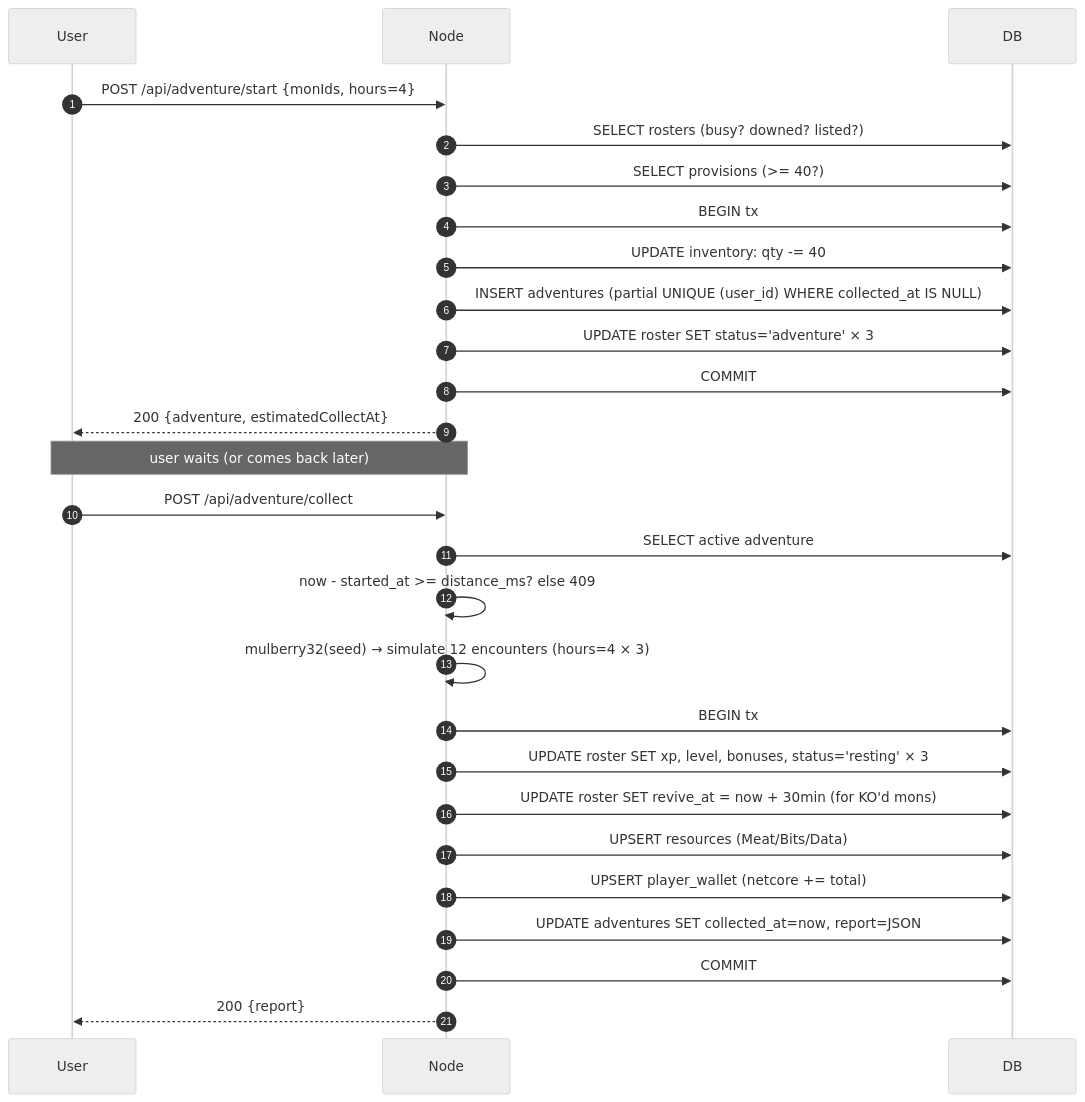
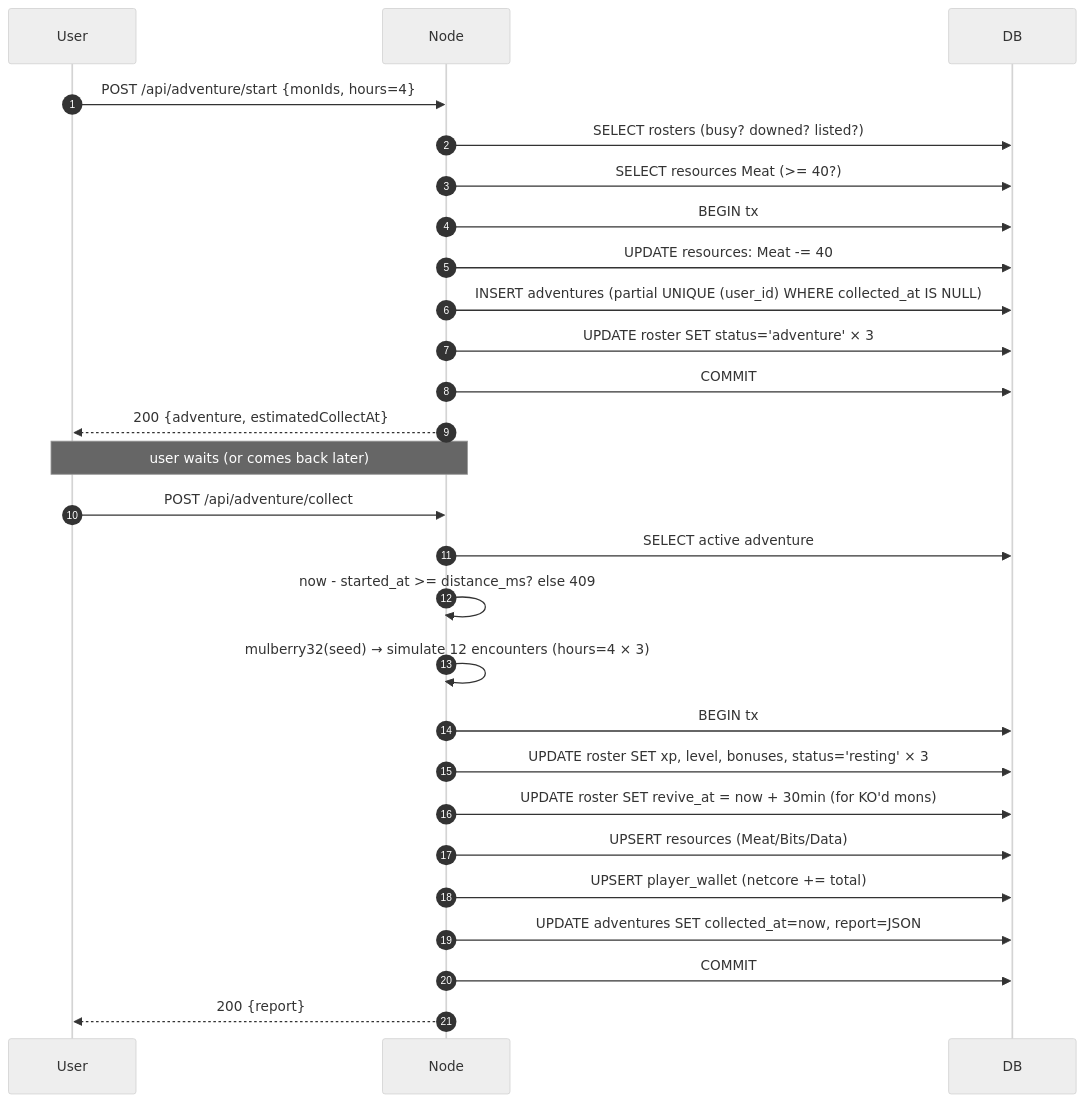
One commit to robjunior/digiworldts changed the diagram in docs/wiki/Systems/Adventure.md. Above: the diagram before and after it, drawn with Mermaid (neutral theme). The commit also changed other lines of this file and 13 other files, not shown here.

First line of the commit message:
feat(adventure): expeditions burn Meat resource instead of provisions

````diff
--- a/docs/wiki/Systems/Adventure.md
+++ b/docs/wiki/Systems/Adventure.md
@@ -146,29 +147,29 @@
 ```mermaid
 sequenceDiagram
   autonumber
   participant U as User
   participant N as Node
   participant DB as DB
   U->>N: POST /api/adventure/start {monIds, hours=4}
   N->>DB: SELECT rosters (busy? downed? listed?)
-  N->>DB: SELECT provisions (>= 40?)
+  N->>DB: SELECT resources Meat (>= 40?)
   N->>DB: BEGIN tx
-  N->>DB: UPDATE inventory: qty -= 40
+  N->>DB: UPDATE resources: Meat -= 40
   N->>DB: INSERT adventures (partial UNIQUE (user_id) WHERE collected_at IS NULL)
   N->>DB: UPDATE roster SET status='adventure' × 3
   N->>DB: COMMIT
   N-->>U: 200 {adventure, estimatedCollectAt}
   Note over U,N: user waits (or comes back later)
   U->>N: POST /api/adventure/collect
   N->>DB: SELECT active adventure
   N->>N: now - started_at >= distance_ms? else 409
   N->>N: mulberry32(seed) → simulate 12 encounters (hours=4 × 3)
   N->>DB: BEGIN tx
   N->>DB: UPDATE roster SET xp, level, bonuses, status='resting' × 3
   N->>DB: UPDATE roster SET revive_at = now + 30min  (for KO'd mons)
   N->>DB: UPSERT resources (Meat/Bits/Data)
   N->>DB: UPSERT player_wallet (netcore += total)
   N->>DB: UPDATE adventures SET collected_at=now, report=JSON
   N->>DB: COMMIT
   N-->>U: 200 {report}
 ```
````
